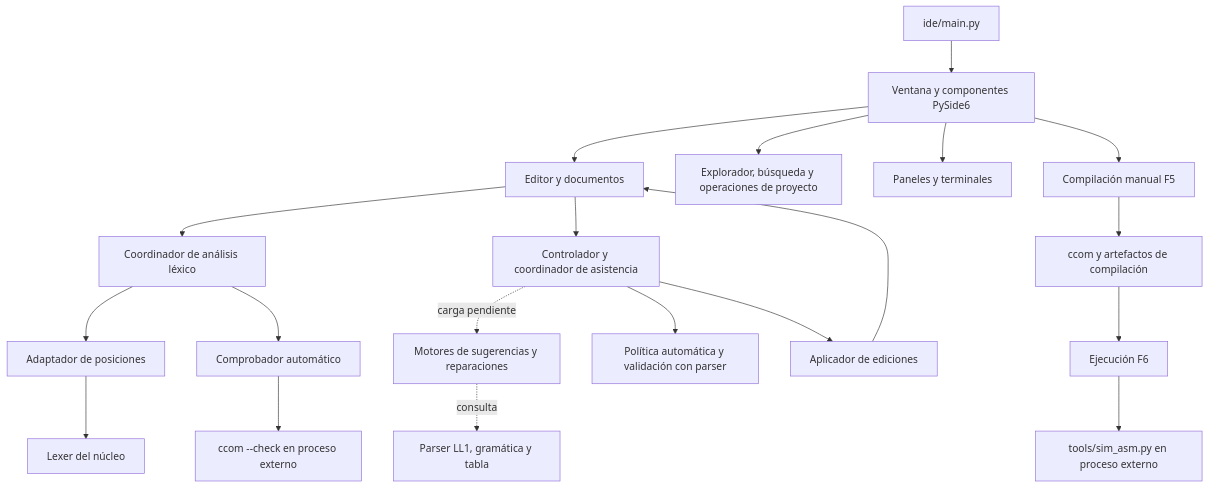
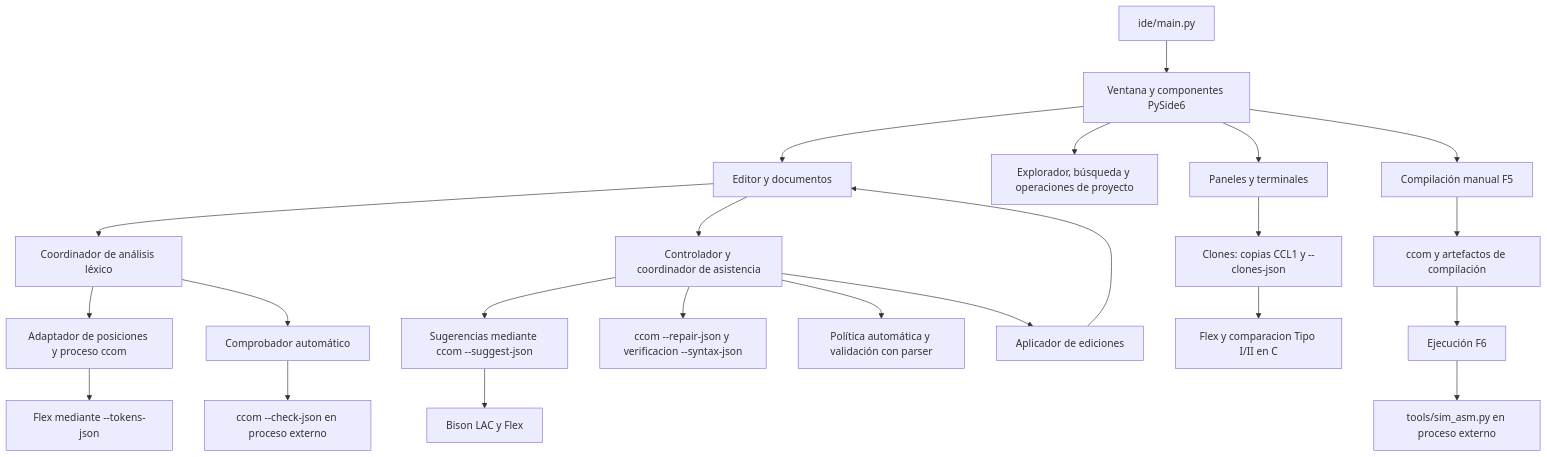
The diagram in ide/docs/guia_sistema_calside.md (Kevnrz/calser_compiler), drawn with Mermaid before and after one commit. The commit also changed other lines of this file and 70 other files, not shown here.

````diff
--- a/ide/docs/guia_sistema_calside.md
+++ b/ide/docs/guia_sistema_calside.md
@@ -52,22 +52,25 @@
 ```mermaid
 flowchart TD
     MAIN[ide/main.py] --> V[Ventana y componentes PySide6]
     V --> E[Editor y documentos]
     V --> P[Explorador, búsqueda y operaciones de proyecto]
     V --> X[Paneles y terminales]
+    X --> CL[Clones: copias CCL1 y --clones-json]
+    CL --> CF[Flex y comparacion Tipo I/II en C]
     E --> L[Coordinador de análisis léxico]
-    L --> A[Adaptador de posiciones]
-    A --> N[Lexer del núcleo]
+    L --> A[Adaptador de posiciones y proceso ccom]
+    A --> N[Flex mediante --tokens-json]
     L --> C[Comprobador automático]
-    C --> CC[ccom --check en proceso externo]
+    C --> CC[ccom --check-json en proceso externo]
     V --> F[Compilación manual F5]
     F --> CB[ccom y artefactos de compilación]
     CB --> R[Ejecución F6]
     R --> S[tools/sim_asm.py en proceso externo]
     E --> AS[Controlador y coordinador de asistencia]
-    AS -. carga pendiente .-> MS[Motores de sugerencias y reparaciones]
-    MS -. consulta .-> LL[Parser LL1, gramática y tabla]
+    AS --> MS[Sugerencias mediante ccom --suggest-json]
+    MS --> BP[Bison LAC y Flex]
+    AS --> RP[ccom --repair-json y verificacion --syntax-json]
     AS --> PA[Política automática y validación con parser]
     AS --> ED[Aplicador de ediciones]
     ED --> E
 ```
````
